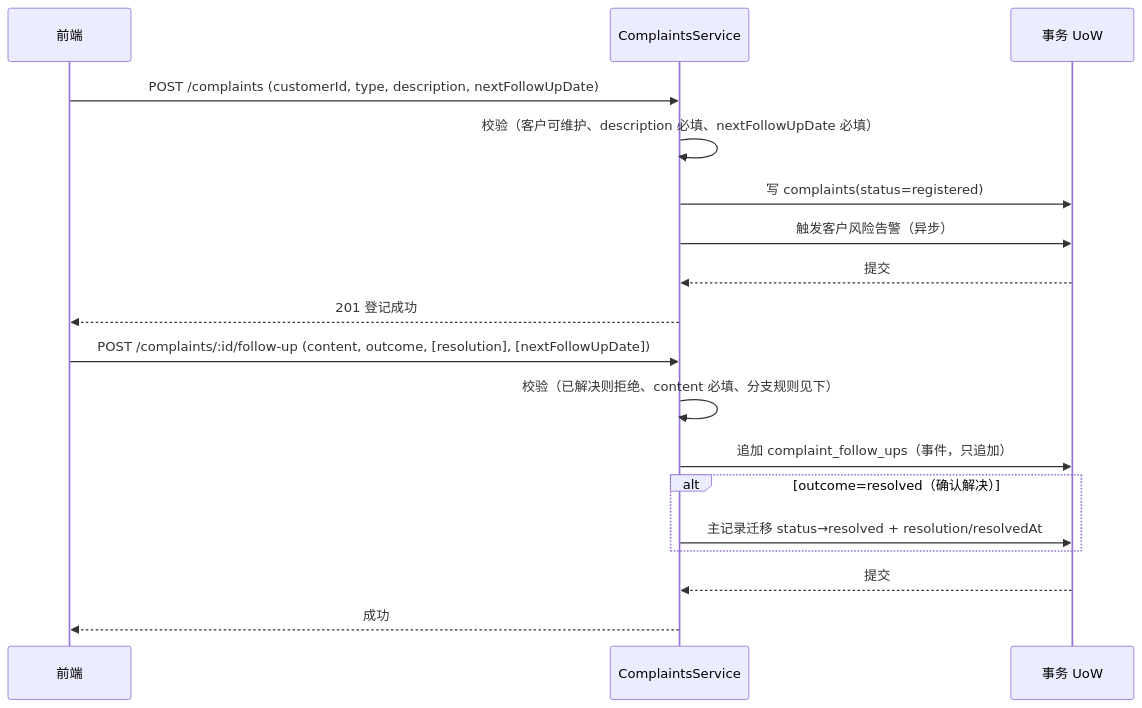
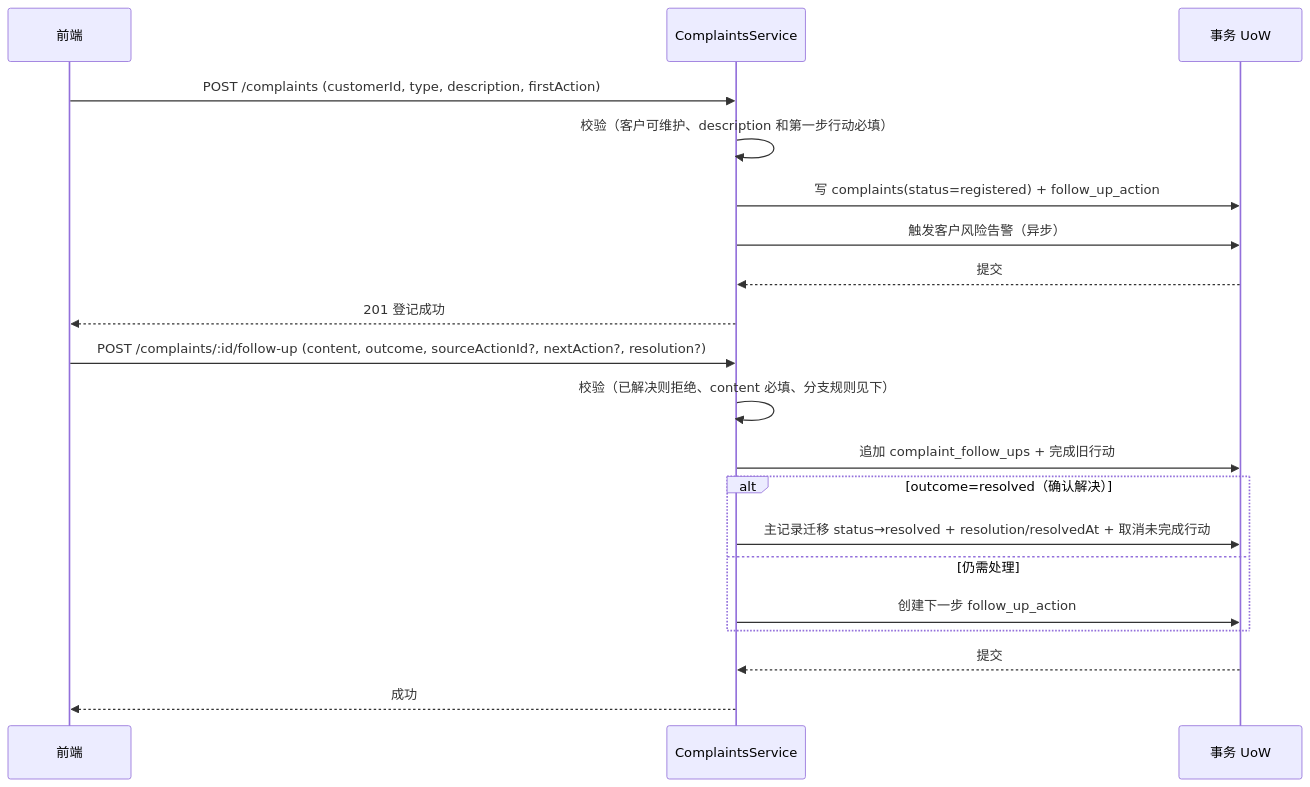
Before and after one commit to lixiname/LITECRM: diagram 20 of 26 in docs/重构架构决策与实施蓝图.md, drawn with Mermaid. The commit also changed other lines of this file and 8 other files, not shown here.

````diff
--- a/docs/重构架构决策与实施蓝图.md
+++ b/docs/重构架构决策与实施蓝图.md
@@ -1052,20 +1127,22 @@
 ```mermaid
 sequenceDiagram
     participant C as 前端
     participant S as ComplaintsService
     participant D as 事务 UoW
-    C->>S: POST /complaints (customerId, type, description, nextFollowUpDate)
-    S->>S: 校验（客户可维护、description 必填、nextFollowUpDate 必填）
-    S->>D: 写 complaints(status=registered)
+    C->>S: POST /complaints (customerId, type, description, firstAction)
+    S->>S: 校验（客户可维护、description 和第一步行动必填）
+    S->>D: 写 complaints(status=registered) + follow_up_action
     S->>D: 触发客户风险告警（异步）
     D-->>S: 提交
     S-->>C: 201 登记成功
-    C->>S: POST /complaints/:id/follow-up (content, outcome, [resolution], [nextFollowUpDate])
+    C->>S: POST /complaints/:id/follow-up (content, outcome, sourceActionId?, nextAction?, resolution?)
     S->>S: 校验（已解决则拒绝、content 必填、分支规则见下）
-    S->>D: 追加 complaint_follow_ups（事件，只追加）
+    S->>D: 追加 complaint_follow_ups + 完成旧行动
     alt outcome=resolved（确认解决）
-        S->>D: 主记录迁移 status→resolved + resolution/resolvedAt
+        S->>D: 主记录迁移 status→resolved + resolution/resolvedAt + 取消未完成行动
+    else 仍需处理
+        S->>D: 创建下一步 follow_up_action
     end
     D-->>S: 提交
     S-->>C: 成功
 ```
````
